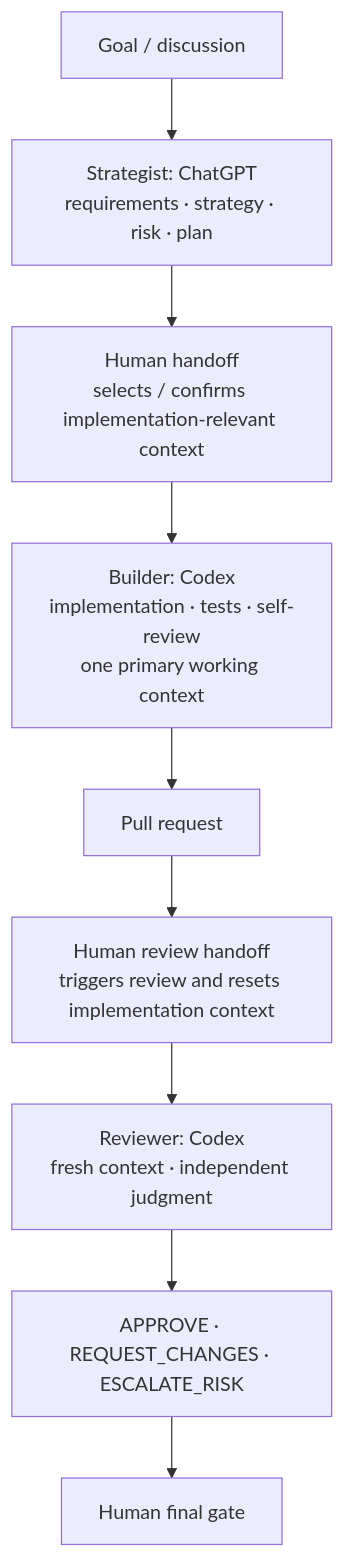
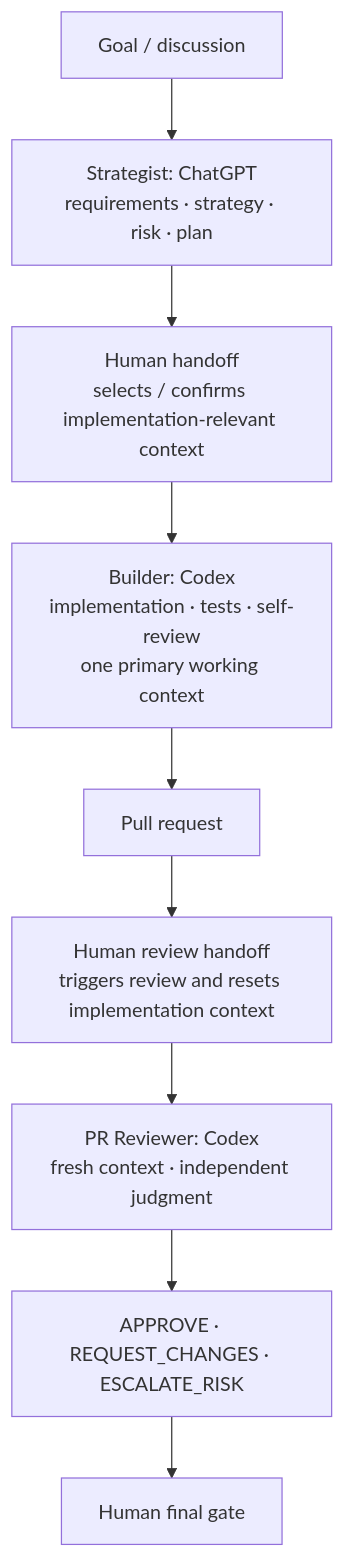
Before and after one commit to hy0044/cnad-method: the diagram in templates/method/workflow.md, drawn with Mermaid. The commit also changed other lines of this file and 2 other files, not shown here.

Commit message:
docs: clarify pre-PR and PR independent review boundaries (#37)

````diff
--- a/templates/method/workflow.md
+++ b/templates/method/workflow.md
@@ -42,11 +46,11 @@
 ```mermaid
 flowchart TD
     goal["Goal / discussion"] --> strategist["Strategist: ChatGPT<br/>requirements · strategy · risk · plan"]
     strategist --> handoff["Human handoff<br/>selects / confirms implementation-relevant context"]
     handoff --> builder["Builder: Codex<br/>implementation · tests · self-review<br/>one primary working context"]
     builder --> pr["Pull request"]
     pr --> reset["Human review handoff<br/>triggers review and resets implementation context"]
-    reset --> reviewer["Reviewer: Codex<br/>fresh context · independent judgment"]
+    reset --> reviewer["PR Reviewer: Codex<br/>fresh context · independent judgment"]
     reviewer --> verdict["APPROVE · REQUEST_CHANGES · ESCALATE_RISK"]
     verdict --> gate["Human final gate"]
 ```
````
